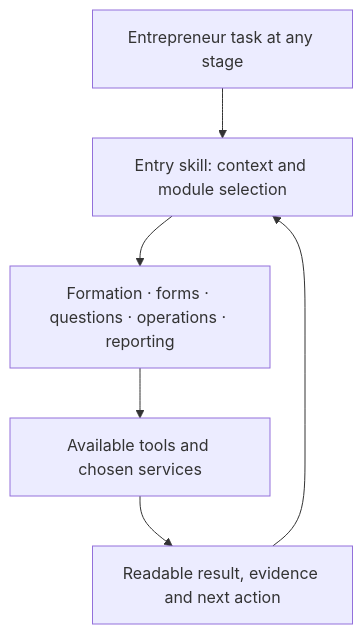
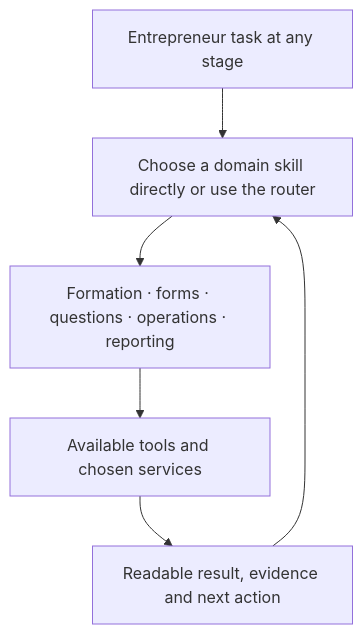
Before and after one commit to ilyafedotov-ops/german-business-skills: the diagram in README.md, drawn with Mermaid. The commit also changed other lines of this file and 29 other files, not shown here.

Commit message:
docs: align guides and architecture with the lifecycle skill bundle

````diff
--- a/README.md
+++ b/README.md
@@ -44,8 +44,8 @@
 ```mermaid
 flowchart TD
-    A["Entrepreneur task at any stage"] --> B["Entry skill: context and module selection"]
+    A["Entrepreneur task at any stage"] --> B["Choose a domain skill directly or use the router"]
     B --> C["Formation · forms · questions · operations · reporting"]
     C --> D["Available tools and chosen services"]
     D --> E["Readable result, evidence and next action"]
     E --> B
 ```
````
